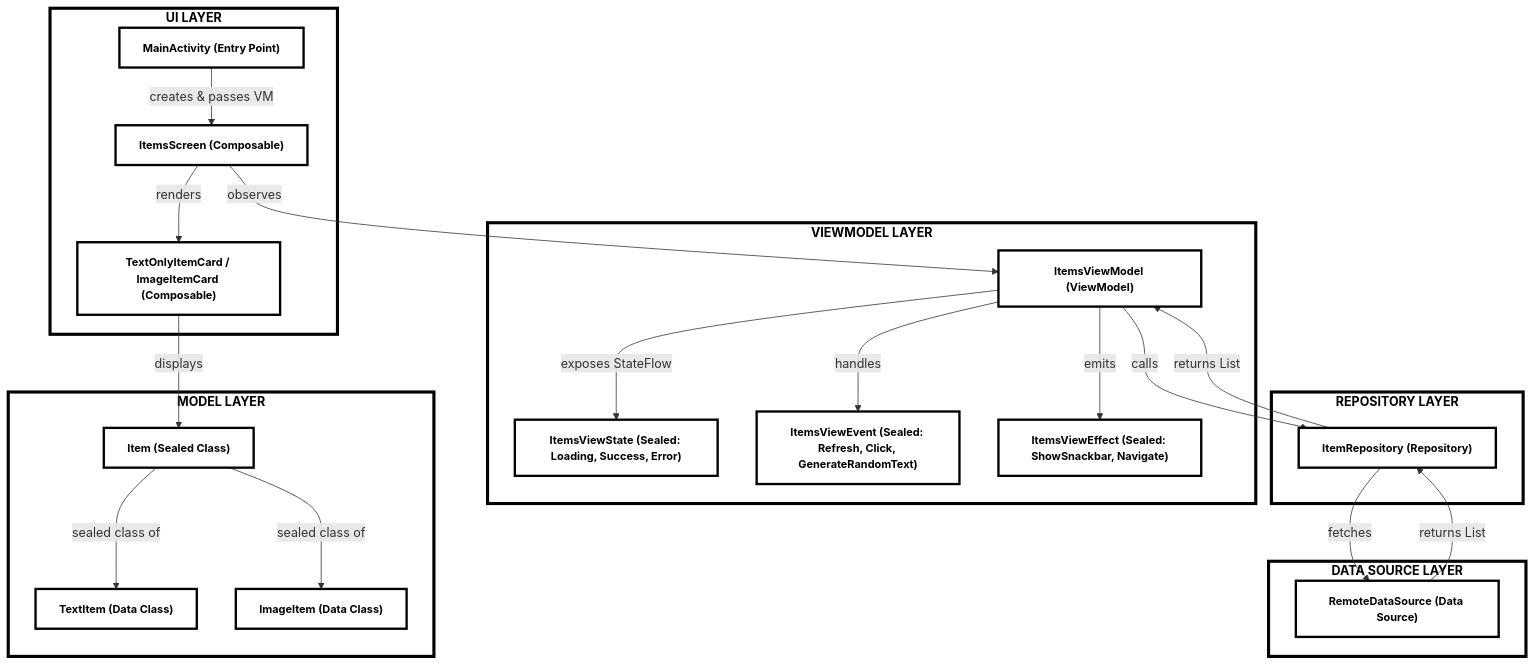
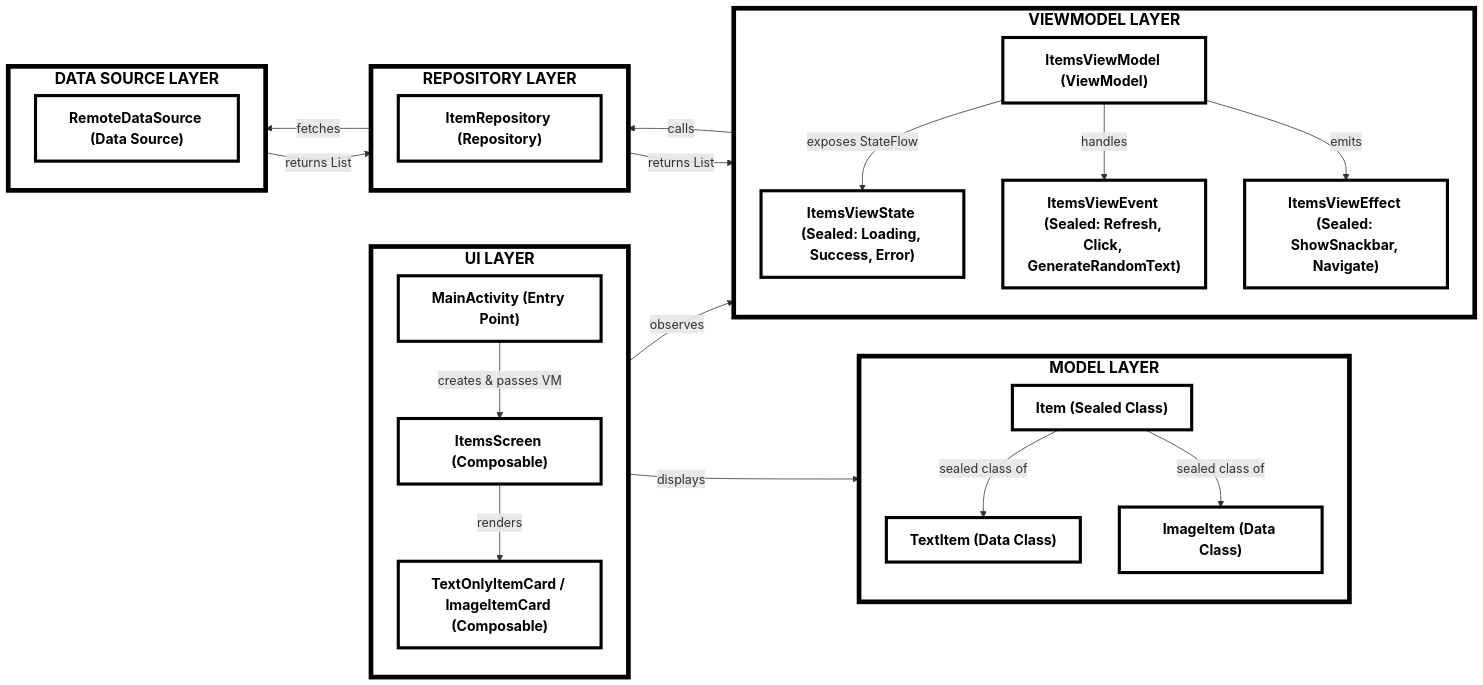
Before and after one commit to free5ty1e/android-coding-reference: the diagram in diagrams/architectural/mvvmWithComposeAndUsf.mmd, drawn with Mermaid.

Commit message:
better layout for diagram

```diff
--- a/diagrams/architectural/mvvmWithComposeAndUsf.mmd
+++ b/diagrams/architectural/mvvmWithComposeAndUsf.mmd
@@ -1,54 +1,59 @@
-flowchart TD
+flowchart LR
     %% UI LAYER
     subgraph UI["UI LAYER"]
+        direction TB
         MainActivity["MainActivity (Entry Point)"]
         ItemsScreen["ItemsScreen (Composable)"]
         ItemCard["TextOnlyItemCard / ImageItemCard (Composable)"]
     end
     
     %% VIEWMODEL LAYER  
     subgraph VM["VIEWMODEL LAYER"]
+        direction TB
         ItemsViewModel["ItemsViewModel (ViewModel)"]
         ViewState["ItemsViewState (Sealed: Loading, Success, Error)"]
         ViewEvent["ItemsViewEvent (Sealed: Refresh, Click, GenerateRandomText)"]
         ViewEffect["ItemsViewEffect (Sealed: ShowSnackbar, Navigate)"]
     end
     
     %% REPOSITORY LAYER
     subgraph REPO["REPOSITORY LAYER"]
+        direction TB
         ItemRepository["ItemRepository (Repository)"]
     end
     
     %% DATA SOURCE LAYER
     subgraph DS["DATA SOURCE LAYER"]
+        direction TB
         RemoteDataSource["RemoteDataSource (Data Source)"]
     end
     
     %% MODEL LAYER
     subgraph MODEL["MODEL LAYER"]
+        direction TB
         Item["Item (Sealed Class)"]
         TextItem["TextItem (Data Class)"]
         ImageItem["ImageItem (Data Class)"]
     end
     
     %% CONNECTIONS
     MainActivity -->|"creates & passes VM"| ItemsScreen
     ItemsScreen -->|"observes"| ItemsViewModel
     ItemsScreen -->|"renders"| ItemCard
     ItemCard -->|"displays"| Item
     ItemsViewModel -->|"exposes StateFlow"| ViewState
     ItemsViewModel -->|"handles"| ViewEvent  
     ItemsViewModel -->|"emits"| ViewEffect
     ItemsViewModel -->|"calls"| ItemRepository
     ItemRepository -->|"fetches"| RemoteDataSource
     RemoteDataSource -->|"returns List<Item>"| ItemRepository
     ItemRepository -->|"returns List<Item>"| ItemsViewModel
     Item -->|"sealed class of"| TextItem
     Item -->|"sealed class of"| ImageItem
     
-    %% STYLING - ALL WHITE BACKGROUND, BLACK TEXT/BORDERS
-    classDef nodeStyle fill:#ffffff,stroke:#000000,stroke-width:3px,color:#000000,font-size:14px,font-weight:bold
-    classDef groupStyle fill:#ffffff,stroke:#000000,stroke-width:4px,color:#000000,font-size:16px,font-weight:bold
+    %% STYLING - LARGER TEXT FOR BETTER UTILIZATION
+    classDef nodeStyle fill:#ffffff,stroke:#000000,stroke-width:4px,color:#000000,font-size:18px,font-weight:bold
+    classDef groupStyle fill:#ffffff,stroke:#000000,stroke-width:6px,color:#000000,font-size:20px,font-weight:bold
     
     class MainActivity,ItemsScreen,ItemCard,ItemsViewModel,ViewState,ViewEvent,ViewEffect,ItemRepository,RemoteDataSource,Item,TextItem,ImageItem nodeStyle
     class UI,VM,REPO,DS,MODEL groupStyle
```
